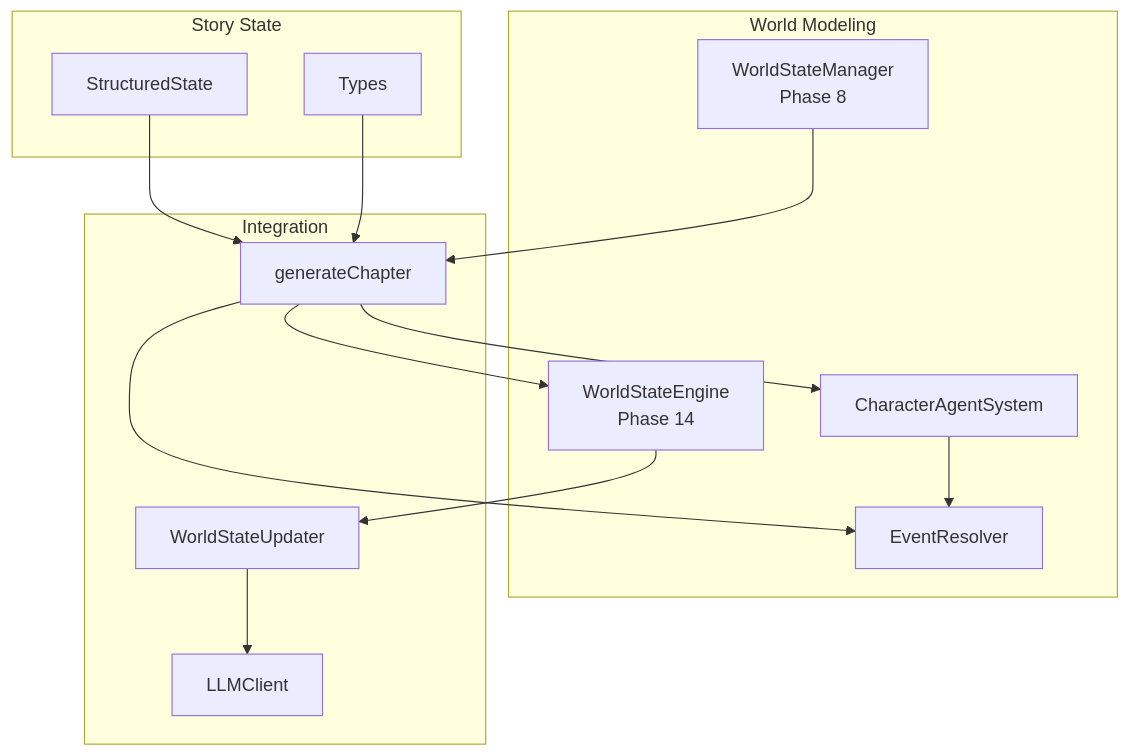
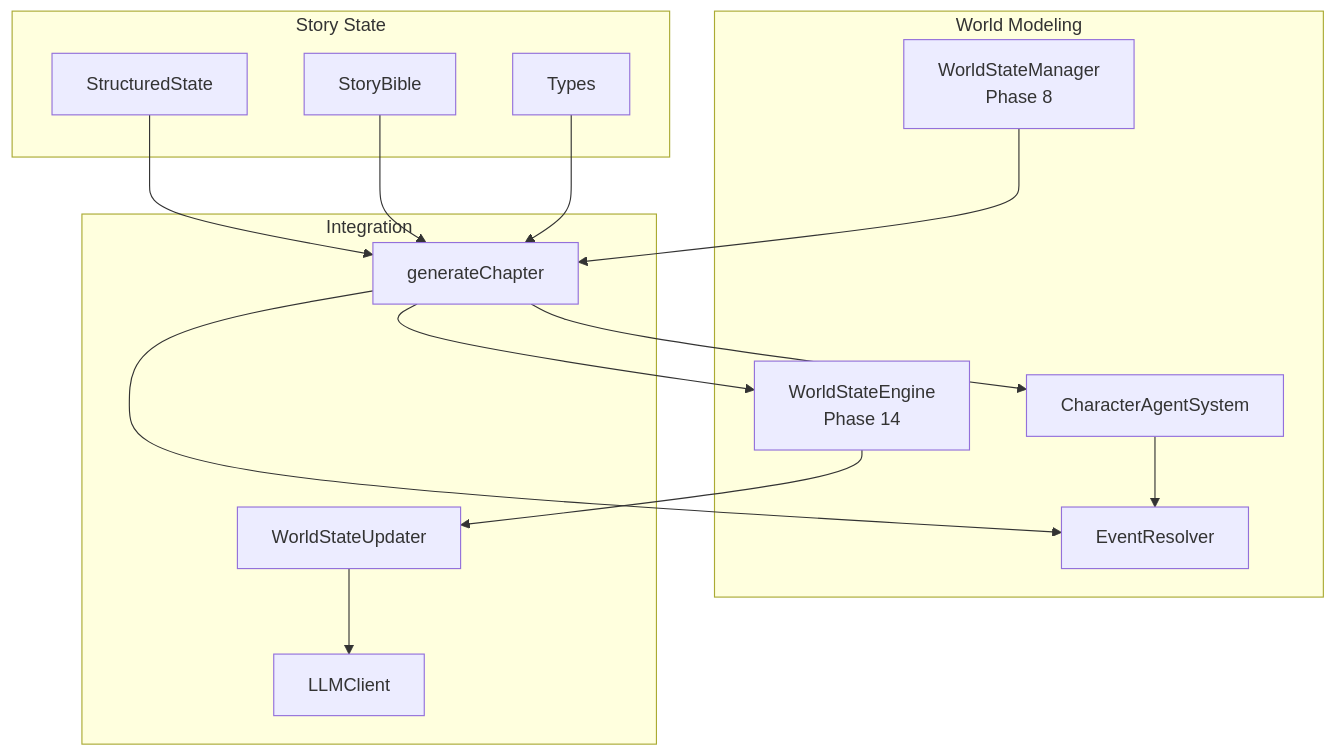
The first of 9 diagrams in .qoder/repowiki/en/content/Engine Architecture/World State Engine.md (liwonder/NARRITIVE_OS), drawn with Mermaid before and after one commit. The commit also changed other lines of this file and 14 other files, not shown here.

````diff
--- a/.qoder/repowiki/en/content/Engine Architecture/World State Engine.md
+++ b/.qoder/repowiki/en/content/Engine Architecture/World State Engine.md
@@ -41,27 +51,29 @@
 ```mermaid
 graph TB
 subgraph "World Modeling"
 WSE["WorldStateEngine<br/>Phase 14"]
 WSM["WorldStateManager<br/>Phase 8"]
 CA["CharacterAgentSystem"]
 ER["EventResolver"]
 end
 subgraph "Integration"
 WSU["WorldStateUpdater"]
 GCP["generateChapter"]
 LLM["LLMClient"]
 end
 subgraph "Story State"
 SS["StructuredState"]
+BIBLE["StoryBible"]
 TYPES["Types"]
 end
 WSE --> WSU
 WSU --> LLM
 GCP --> WSE
 GCP --> CA
 GCP --> ER
 CA --> ER
 WSM --> GCP
 SS --> GCP
+BIBLE --> GCP
 TYPES --> GCP
 ```
````
